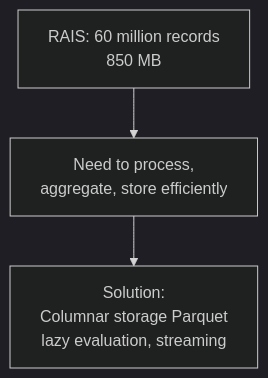
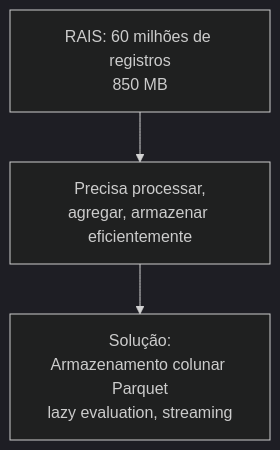
One commit to Quantilica/docs changed the third of 7 diagrams in docs/concepts/data-engineering.md. Above: the diagram before and after it, drawn with Mermaid (dark theme). The commit also changed other lines of this file and 31 other files, not shown here.

````diff
--- a/docs/concepts/data-engineering.md
+++ b/docs/concepts/data-engineering.md
@@ -37,5 +37,5 @@
 ```mermaid
 graph TD
-    A["RAIS: 60 million records<br/>850 MB"] --> B["Need to process,<br/>aggregate, store efficiently"]
-    B --> C["Solution:<br/>Columnar storage Parquet<br/>lazy evaluation, streaming"]
+    A["RAIS: 60 milhões de registros<br/>850 MB"] --> B["Precisa processar,<br/>agregar, armazenar eficientemente"]
+    B --> C["Solução:<br/>Armazenamento colunar Parquet<br/>lazy evaluation, streaming"]
 ```
````
